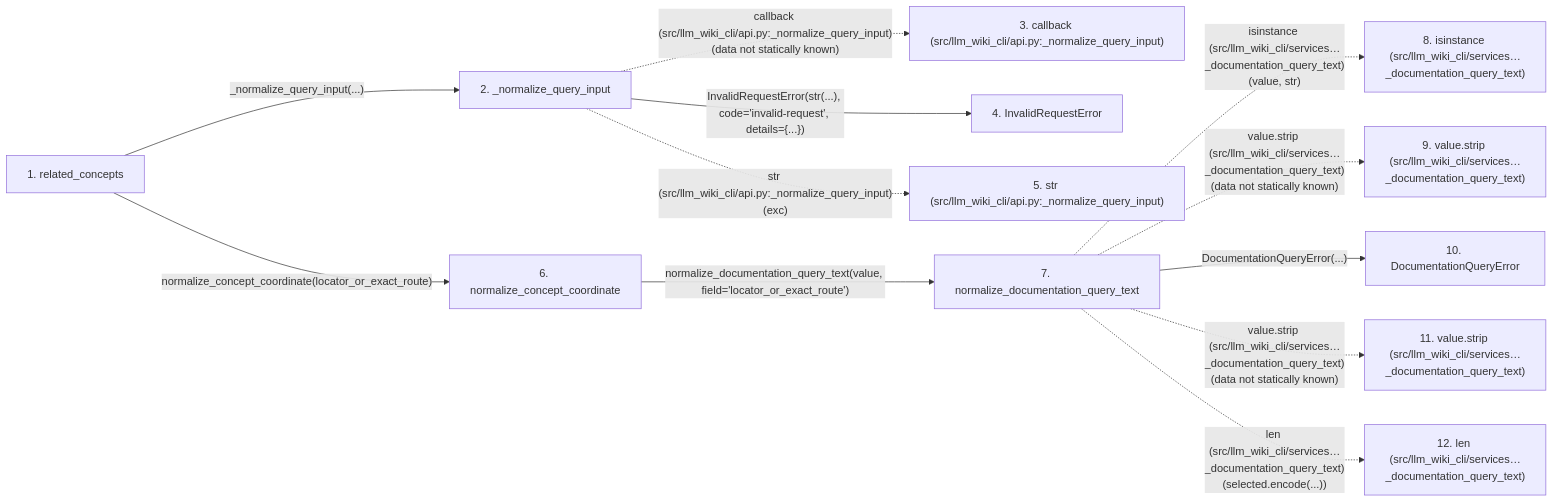
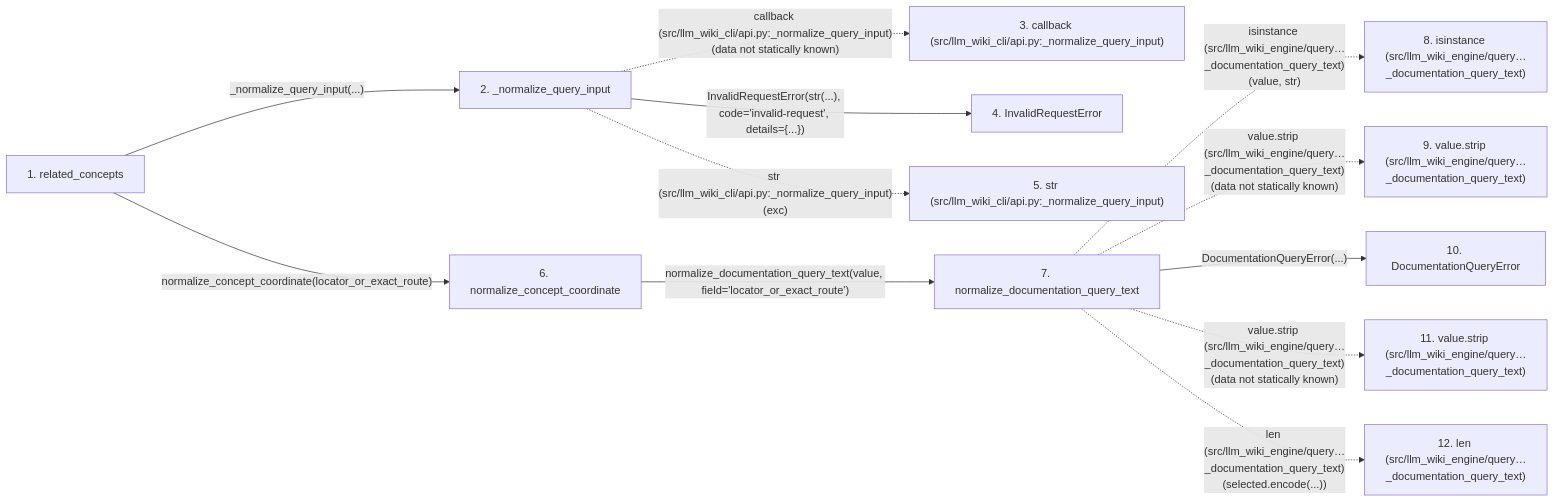
One commit to Denissvgn/python-wiki-llm changed the second of 2 diagrams in docs/llm_wiki/flows/api-related_concepts.md. Above: the diagram before and after it, drawn with Mermaid. The commit also changed other lines of this file and 648 other files, not shown here.

Commit message:
docs: refresh the wiki for the engine task contract and search

````diff
--- a/docs/llm_wiki/flows/api-related_concepts.md
+++ b/docs/llm_wiki/flows/api-related_concepts.md
@@ -161,32 +161,32 @@
 ```mermaid
 flowchart LR
     s1["1. related_concepts"]
     s2["2. _normalize_query_input"]
     s3["3. callback (src/llm_wiki_cli/api.py:_normalize_query_input)"]
     s4["4. InvalidRequestError"]
     s5["5. str (src/llm_wiki_cli/api.py:_normalize_query_input)"]
     s6["6. normalize_concept_coordinate"]
     s7["7. normalize_documentation_query_text"]
-    s8["8. isinstance (src/llm_wiki_cli/services…_documentation_query_text)"]
-    s9["9. value.strip (src/llm_wiki_cli/services…_documentation_query_text)"]
+    s8["8. isinstance (src/llm_wiki_engine/query…_documentation_query_text)"]
+    s9["9. value.strip (src/llm_wiki_engine/query…_documentation_query_text)"]
     s10["10. DocumentationQueryError"]
-    s11["11. value.strip (src/llm_wiki_cli/services…_documentation_query_text)"]
-    s12["12. len (src/llm_wiki_cli/services…_documentation_query_text)"]
+    s11["11. value.strip (src/llm_wiki_engine/query…_documentation_query_text)"]
+    s12["12. len (src/llm_wiki_engine/query…_documentation_query_text)"]
     s1 -->|"_normalize_query_input(...)"| s2
     s2 -. "callback (src/llm_wiki_cli/api.py:_normalize_query_input)(data not statically known)" .-> s3
     s2 -->|"InvalidRequestError(str(...), code='invalid-request', details={...})"| s4
     s2 -. "str (src/llm_wiki_cli/api.py:_normalize_query_input)(exc)" .-> s5
     s1 -->|"normalize_concept_coordinate(locator_or_exact_route)"| s6
     s6 -->|"normalize_documentation_query_text(value, field='locator_or_exact_route')"| s7
-    s7 -. "isinstance (src/llm_wiki_cli/services…_documentation_query_text)(value, str)" .-> s8
-    s7 -. "value.strip (src/llm_wiki_cli/services…_documentation_query_text)(data not statically known)" .-> s9
+    s7 -. "isinstance (src/llm_wiki_engine/query…_documentation_query_text)(value, str)" .-> s8
+    s7 -. "value.strip (src/llm_wiki_engine/query…_documentation_query_text)(data not statically known)" .-> s9
     s7 -->|"DocumentationQueryError(...)"| s10
-    s7 -. "value.strip (src/llm_wiki_cli/services…_documentation_query_text)(data not statically known)" .-> s11
-    s7 -. "len (src/llm_wiki_cli/services…_documentation_query_text)(selected.encode(...))" .-> s12
+    s7 -. "value.strip (src/llm_wiki_engine/query…_documentation_query_text)(data not statically known)" .-> s11
+    s7 -. "len (src/llm_wiki_engine/query…_documentation_query_text)(selected.encode(...))" .-> s12
     click s1 "../modules/api.md"
     click s2 "../modules/api.md"
     click s4 "../modules/api.md"
-    click s6 "../modules/documentation_query_builder.md"
-    click s7 "../modules/documentation_query_builder.md"
-    click s10 "../modules/documentation_queries.md"
+    click s6 "../modules/query_request_format.md"
+    click s7 "../modules/query_request_format.md"
+    click s10 "../modules/query_request_format.md"
 ```
````
